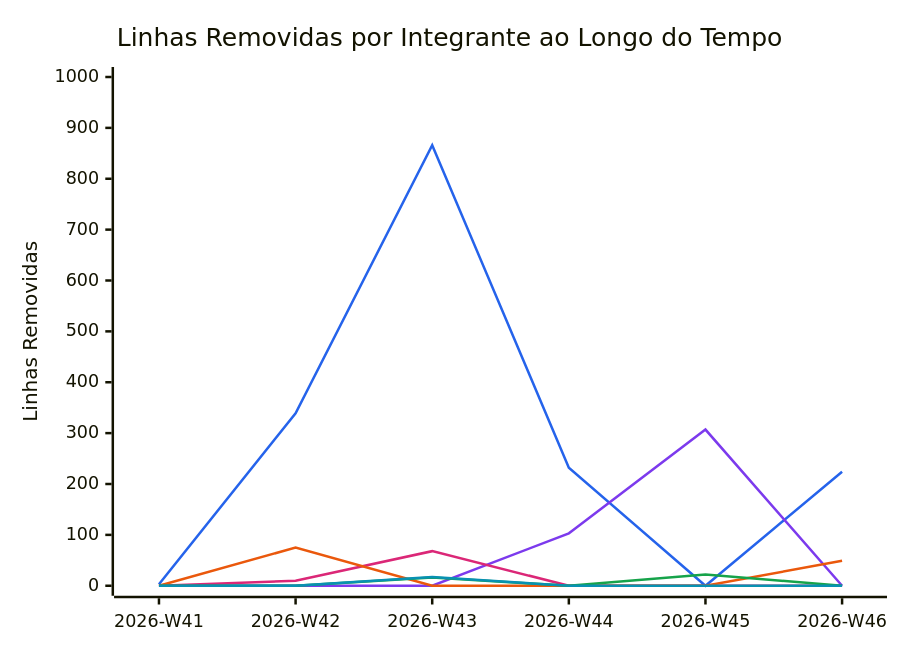
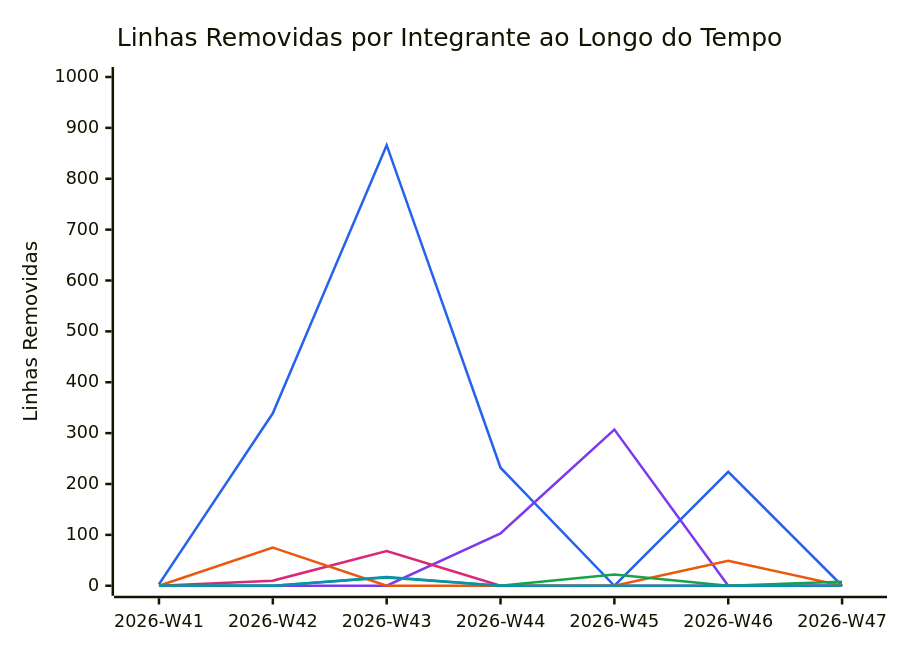
The diagram in documentation/snippets/management/code-deletions.mmd (FCTE-Qualidade-de-Software-1/2026-2_T01_FRANS_BILAS), drawn with Mermaid before and after one commit. The commit also changed 6 other files, not shown here.

```diff
--- a/documentation/snippets/management/code-deletions.mmd
+++ b/documentation/snippets/management/code-deletions.mmd
@@ -1,11 +1,11 @@
 %%{init: {"themeVariables": {"xyChart": {"plotColorPalette": "#2563eb, #7c3aed, #db2777, #ea580c, #16a34a, #0891b2"}}}}%%
 xychart-beta
     title "Linhas Removidas por Integrante ao Longo do Tempo"
-    x-axis ["2026-W41", "2026-W42", "2026-W43", "2026-W44", "2026-W45", "2026-W46"]
+    x-axis ["2026-W41", "2026-W42", "2026-W43", "2026-W44", "2026-W45", "2026-W46", "2026-W47"]
     y-axis "Linhas Removidas" 0 --> 1000
-    line [3, 339, 866, 232, 0, 224]
-    line [0, 0, 0, 103, 307, 0]
-    line [0, 10, 68, 0, 0, 0]
-    line [0, 75, 0, 0, 0, 49]
-    line [0, 0, 16, 0, 22, 0]
-    line [0, 0, 17, 0, 0, 0]
+    line [3, 339, 866, 232, 0, 224, 0]
+    line [0, 0, 0, 103, 307, 0, 0]
+    line [0, 10, 68, 0, 0, 0, 0]
+    line [0, 75, 0, 0, 0, 49, 0]
+    line [0, 0, 16, 0, 22, 0, 8]
+    line [0, 0, 17, 0, 0, 0, 0]
```
